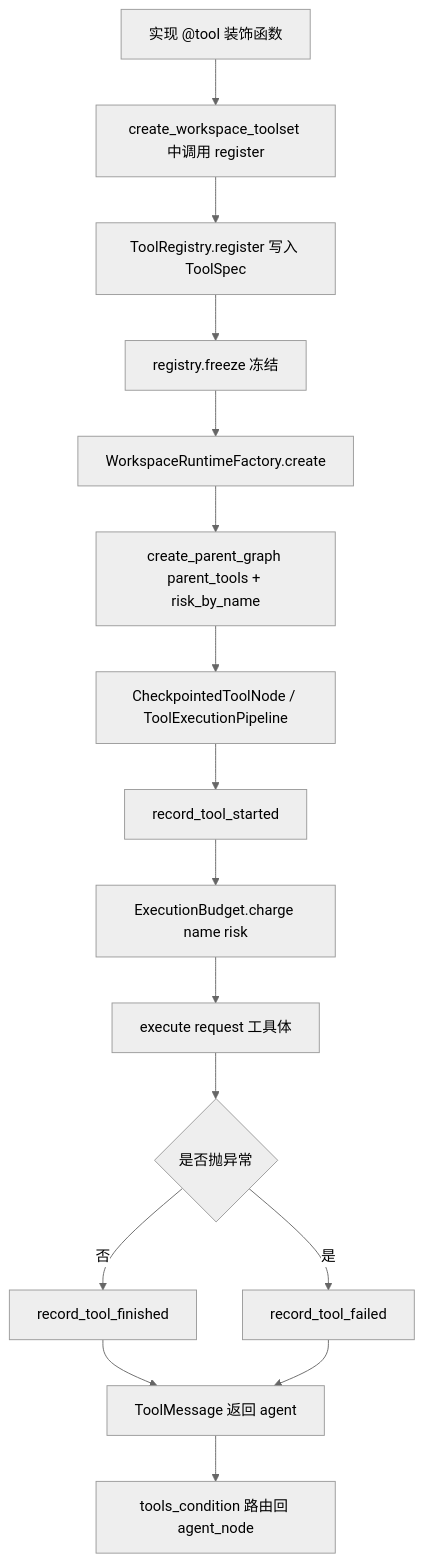
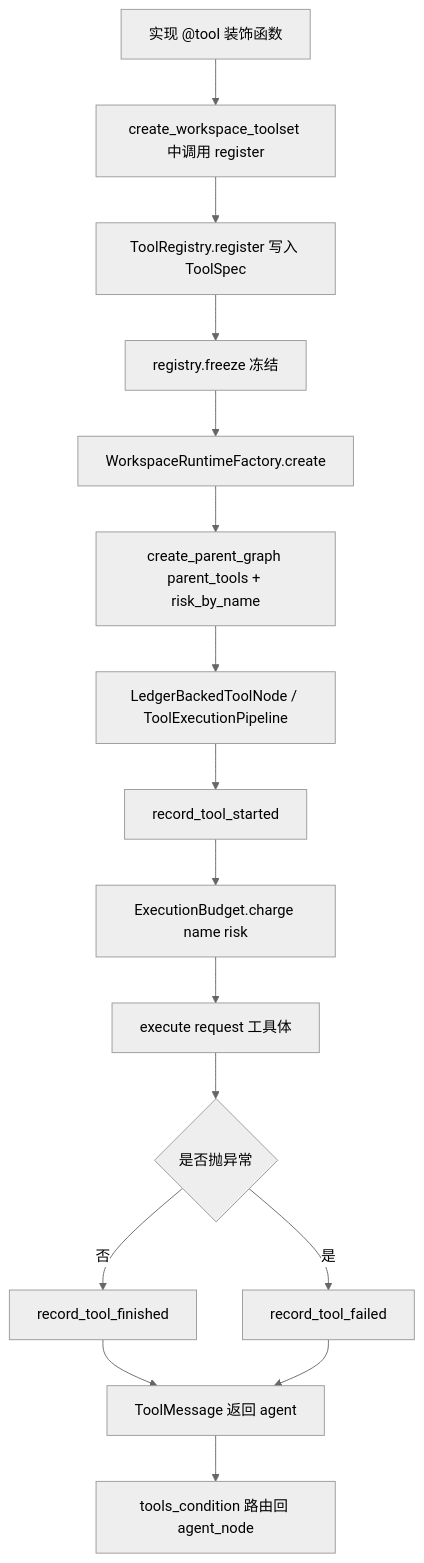
One commit to Dzheng2250/learn_langchain changed the diagram in docs/development/tool-extension-guide.md. Above: the diagram before and after it, drawn with Mermaid (neutral theme). The commit also changed other lines of this file and 12 other files, not shown here.

````diff
--- a/docs/development/tool-extension-guide.md
+++ b/docs/development/tool-extension-guide.md
@@ -110,18 +110,18 @@
 ```mermaid
 flowchart TD
     A[实现 @tool 装饰函数] --> B[create_workspace_toolset 中调用 register]
     B --> C[ToolRegistry.register 写入 ToolSpec]
     C --> D[registry.freeze 冻结]
     D --> E[WorkspaceRuntimeFactory.create]
     E --> F[create_parent_graph parent_tools + risk_by_name]
-    F --> G[CheckpointedToolNode / ToolExecutionPipeline]
+    F --> G[LedgerBackedToolNode / ToolExecutionPipeline]
     G --> H1[record_tool_started]
     H1 --> H2[ExecutionBudget.charge name risk]
     H2 --> I[execute request 工具体]
     I --> J{是否抛异常}
     J -- 否 --> K1[record_tool_finished]
     J -- 是 --> K2[record_tool_failed]
     K1 --> L[ToolMessage 返回 agent]
     K2 --> L
     L --> M[tools_condition 路由回 agent_node]
 ```
````
